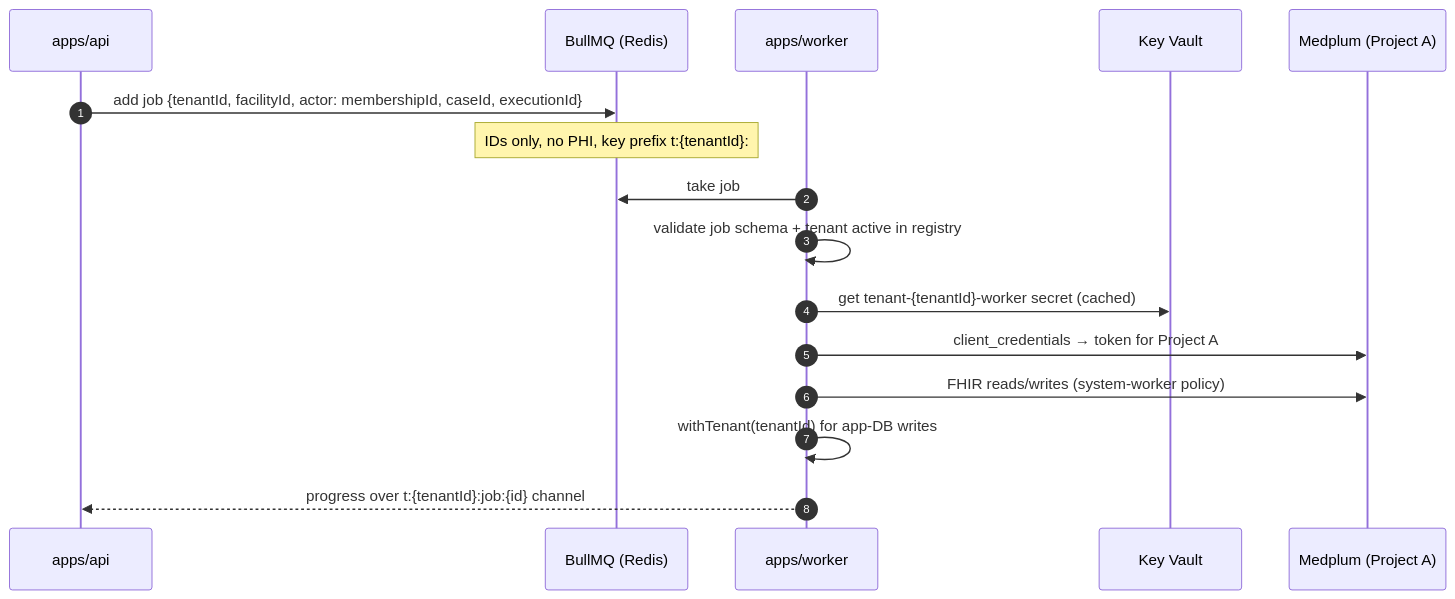
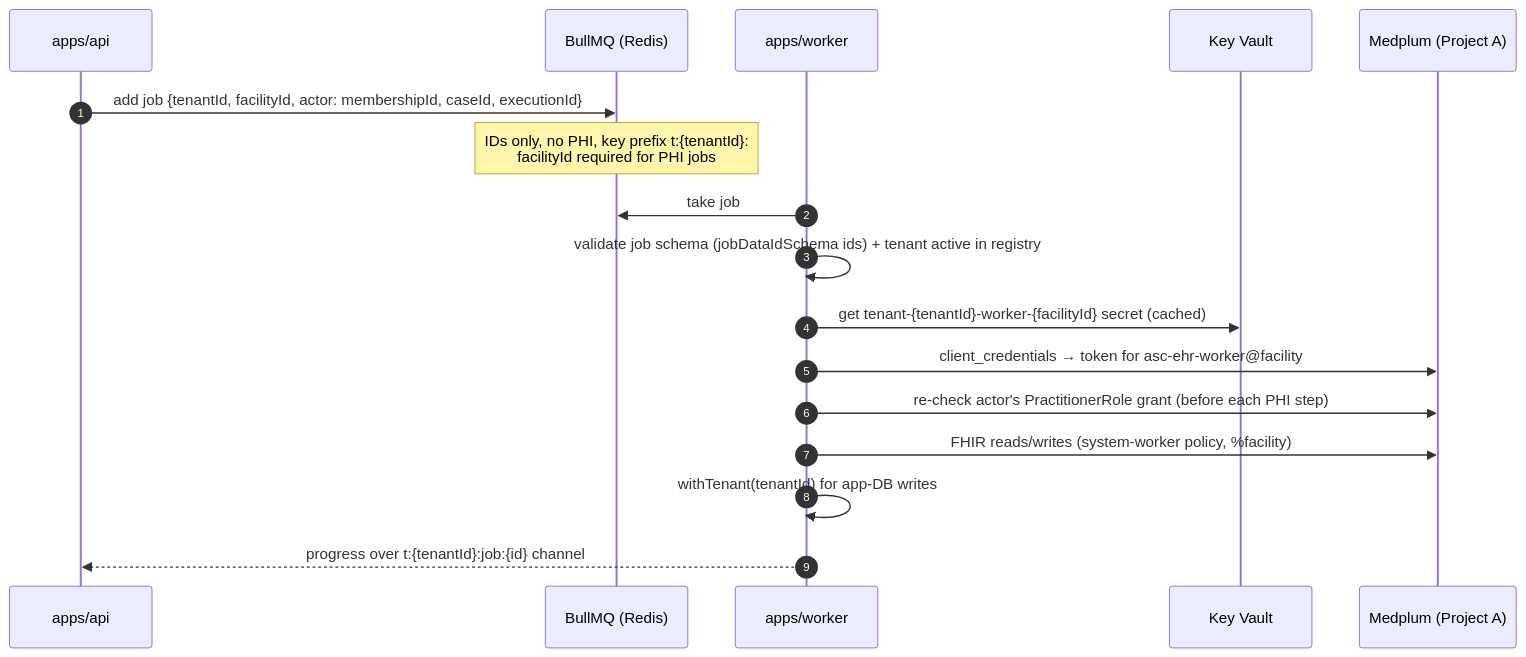
One commit to imRahul05/ASC-EHR changed the tenth of 13 diagrams in docs/product/08-identity-access-and-tenancy.md. Above: the diagram before and after it, drawn with Mermaid. The commit also changed other lines of this file and 10 other files, not shown here.

Commit message:
docs: per-facility worker clients (#60) and fail-closed audit (#52) across plan and identity design

````diff
--- a/docs/product/08-identity-access-and-tenancy.md
+++ b/docs/product/08-identity-access-and-tenancy.md
@@ -772,19 +772,20 @@
 ```mermaid
 sequenceDiagram
     autonumber
     participant A as apps/api
     participant Q as BullMQ (Redis)
     participant W as apps/worker
     participant KV as Key Vault
     participant M as Medplum (Project A)
 
     A->>Q: add job {tenantId, facilityId, actor: membershipId, caseId, executionId}
-    Note over Q: IDs only, no PHI, key prefix t:{tenantId}:
+    Note over Q: IDs only, no PHI, key prefix t:{tenantId}:<br/>facilityId required for PHI jobs
     W->>Q: take job
-    W->>W: validate job schema + tenant active in registry
-    W->>KV: get tenant-{tenantId}-worker secret (cached)
-    W->>M: client_credentials → token for Project A
-    W->>M: FHIR reads/writes (system-worker policy)
+    W->>W: validate job schema (jobDataIdSchema ids) + tenant active in registry
+    W->>KV: get tenant-{tenantId}-worker-{facilityId} secret (cached)
+    W->>M: client_credentials → token for asc-ehr-worker@facility
+    W->>M: re-check actor's PractitionerRole grant (before each PHI step)
+    W->>M: FHIR reads/writes (system-worker policy, %facility)
     W->>W: withTenant(tenantId) for app-DB writes
     W-->>A: progress over t:{tenantId}:job:{id} channel
 ```
````
